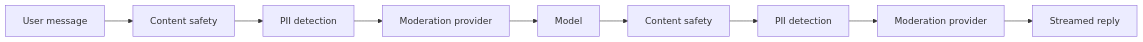
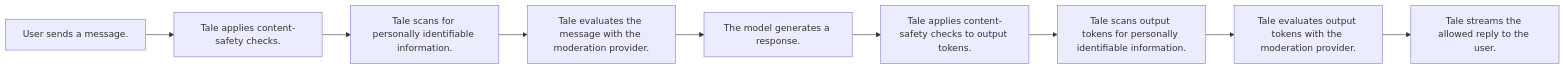
The diagram in docs/platform/admin/governance.md (tale-project/tale), drawn with Mermaid before and after one commit. The commit also changed 20 other files, not shown here.

````diff
--- a/docs/platform/admin/governance.md
+++ b/docs/platform/admin/governance.md
@@ -46,11 +46,11 @@
 ```mermaid
 flowchart LR
-  user[User message] --> chatFilter[Content safety]
-  chatFilter --> pii[PII detection]
-  pii --> moderation[Moderation provider]
-  moderation --> model[Model]
-  model --> outChatFilter[Content safety]
-  outChatFilter --> outPii[PII detection]
-  outPii --> outModeration[Moderation provider]
-  outModeration --> reply[Streamed reply]
+  user["User sends a message."] --> chatFilter["Tale applies content-safety checks."]
+  chatFilter --> pii["Tale scans for personally identifiable information."]
+  pii --> moderation["Tale evaluates the message with the moderation provider."]
+  moderation --> model["The model generates a response."]
+  model --> outChatFilter["Tale applies content-safety checks to output tokens."]
+  outChatFilter --> outPii["Tale scans output tokens for personally identifiable information."]
+  outPii --> outModeration["Tale evaluates output tokens with the moderation provider."]
+  outModeration --> reply["Tale streams the allowed reply to the user."]
 ```
````
